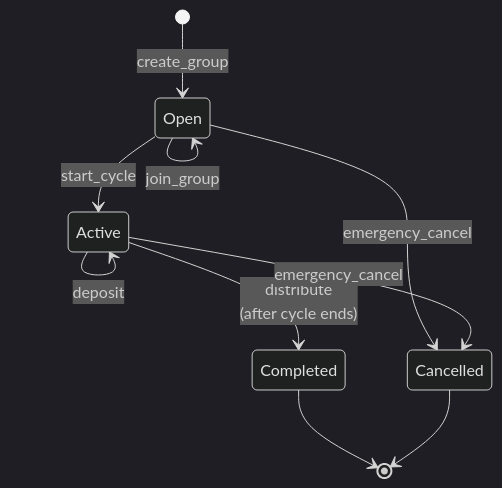
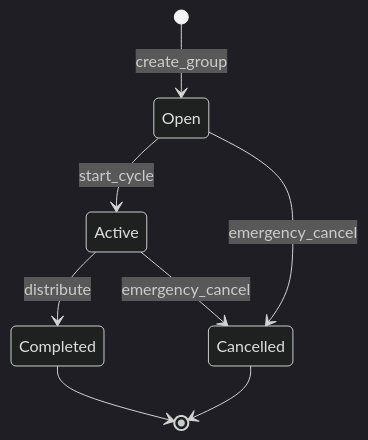
The first of 3 diagrams in README.md (davigiroux/safenudge.xyz), drawn with Mermaid (dark theme) before and after one commit. The commit also changed other lines of this file, not shown here.

Commit message:
docs: simplify group-lifecycle diagram so it renders cleanly on GitHub
The previous version had self-loops on Open (join_group) and Active
(deposit) that wrapped across the diagram, plus a <br/>-separated
distribute label that stateDiagram-v2 doesn't honor — the result was
overlapping labels around the bottom of the chart.

Drop the self-loops (join/deposit don't change state, so they don't
belong as transitions) and inline the "after cycle ends" caveat as
prose underneath. Diagram now shows the state machine cleanly:
Open → Active → Completed, with emergency_cancel branching to
Cancelled from either pre-completion state.

````diff
--- a/README.md
+++ b/README.md
@@ -48,12 +48,10 @@
 ```mermaid
 stateDiagram-v2
-    [*] --> Open: create_group
-    Open --> Open: join_group
-    Open --> Active: start_cycle
-    Active --> Active: deposit
-    Active --> Completed: distribute<br/>(after cycle ends)
-    Open --> Cancelled: emergency_cancel
-    Active --> Cancelled: emergency_cancel
+    [*] --> Open : create_group
+    Open --> Active : start_cycle
+    Active --> Completed : distribute
+    Open --> Cancelled : emergency_cancel
+    Active --> Cancelled : emergency_cancel
     Completed --> [*]
     Cancelled --> [*]
 ```
````
